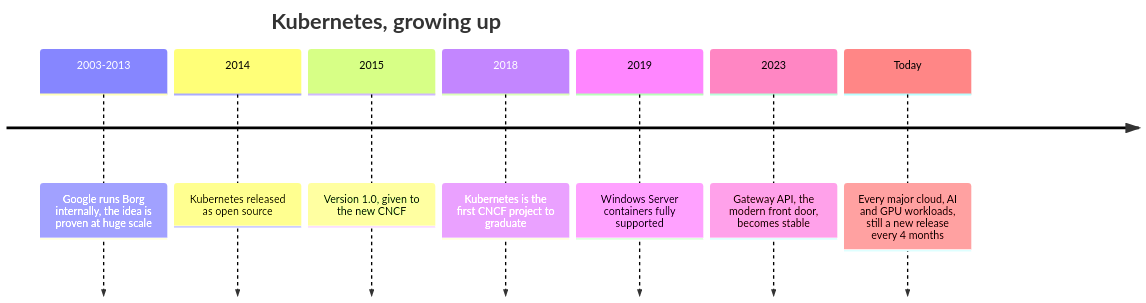
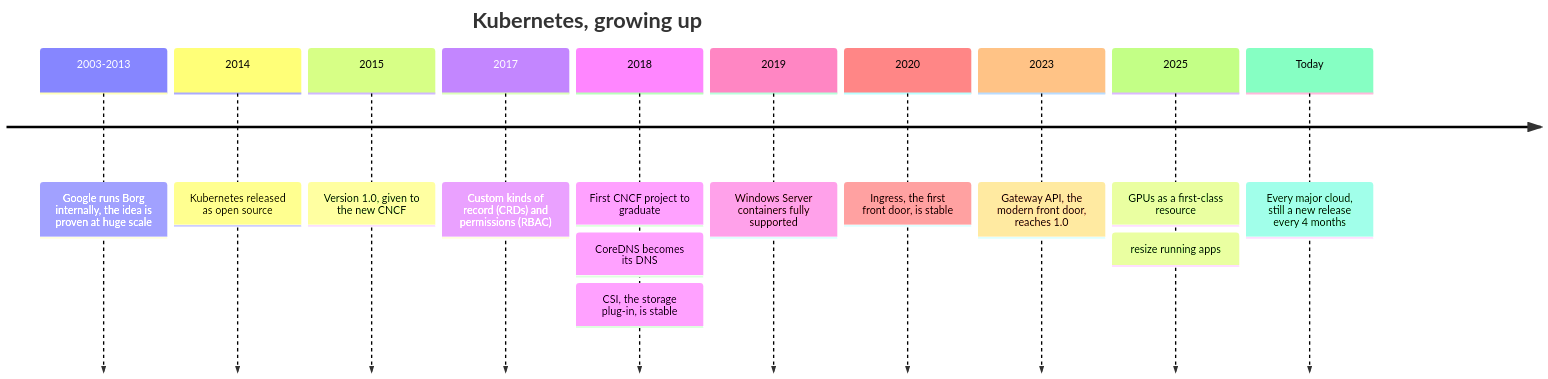
Before and after one commit to external-systems/explain-kube-to-me: the second of 2 diagrams in documentation/docs/community.md, drawn with Mermaid. The commit also changed other lines of this file and 14 other files, not shown here.

First line of the commit message:
Round 6: history, API-group logos, PayloadSite recipe, OIDC front door

````diff
--- a/documentation/docs/community.md
+++ b/documentation/docs/community.md
@@ -137,11 +153,14 @@
 ```mermaid
 timeline
     title Kubernetes, growing up
     2003-2013 : Google runs Borg internally, the idea is proven at huge scale
     2014 : Kubernetes released as open source
     2015 : Version 1.0, given to the new CNCF
-    2018 : Kubernetes is the first CNCF project to graduate
+    2017 : Custom kinds of record (CRDs) and permissions (RBAC)
+    2018 : First CNCF project to graduate : CoreDNS becomes its DNS : CSI, the storage plug-in, is stable
     2019 : Windows Server containers fully supported
-    2023 : Gateway API, the modern front door, becomes stable
-    Today : Every major cloud, AI and GPU workloads, still a new release every 4 months
+    2020 : Ingress, the first front door, is stable
+    2023 : Gateway API, the modern front door, reaches 1.0
+    2025 : GPUs as a first-class resource : resize running apps
+    Today : Every major cloud, still a new release every 4 months
 ```
````
